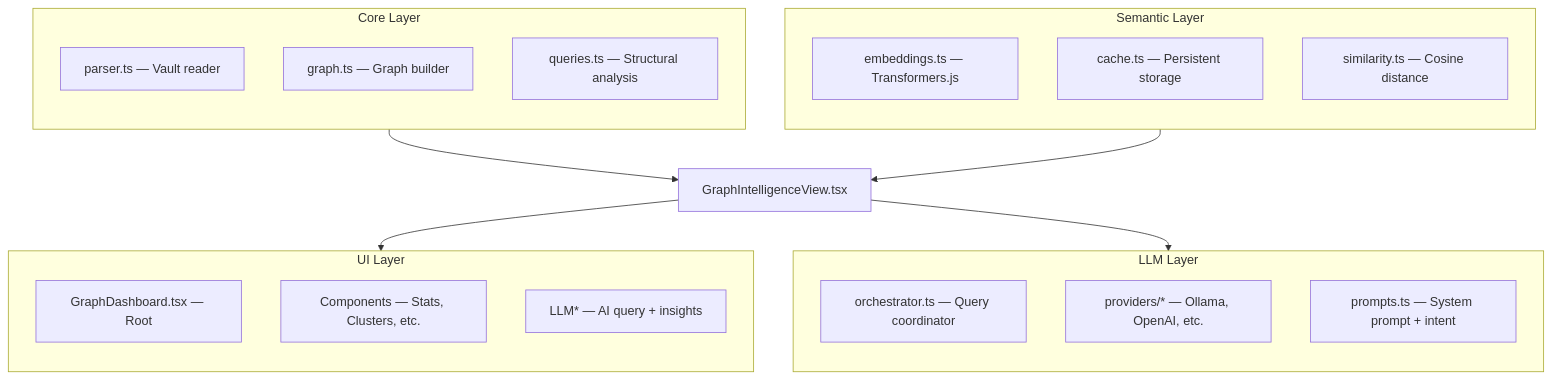
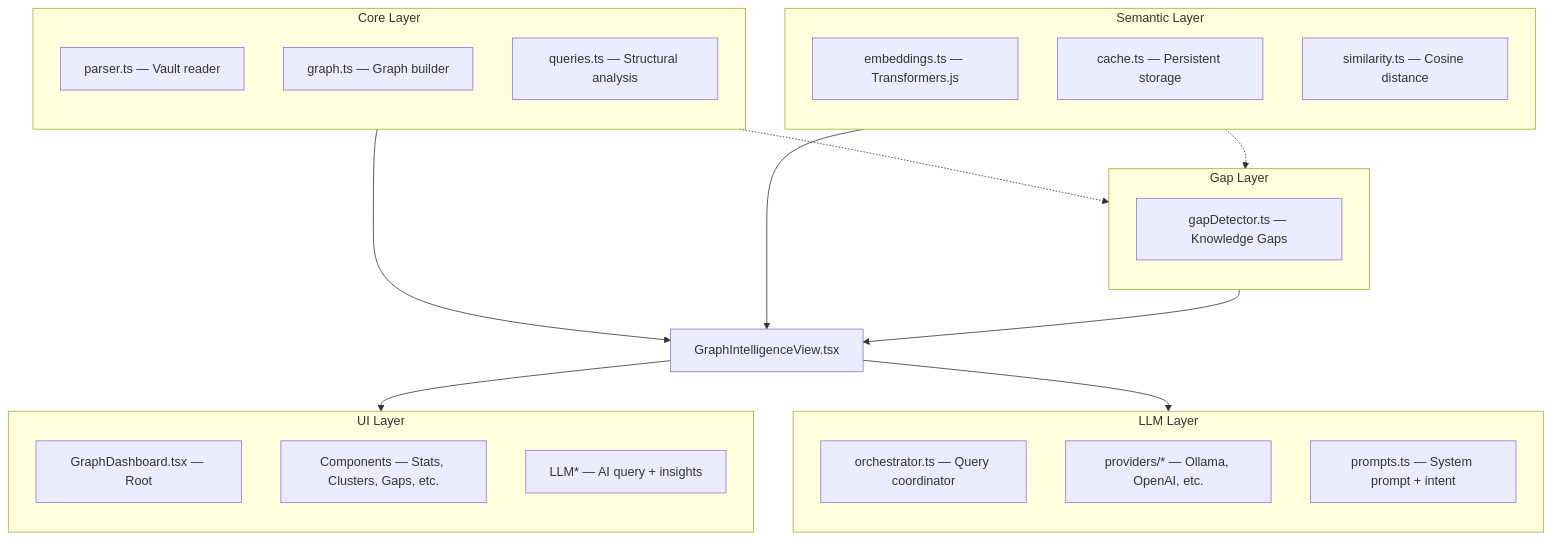
Before and after one commit to Rajveerx11/obsidian-graph-intelligence: the second of 4 diagrams in CONTRIBUTING.md, drawn with Mermaid. The commit also changed 1 other file, not shown here.

Commit message:
docs: add Knowledge Gap detection module documentation and architectural diagrams

````diff
--- a/CONTRIBUTING.md
+++ b/CONTRIBUTING.md
@@ -129,35 +129,43 @@
 ```mermaid
 graph TD
     subgraph Core["Core Layer"]
         direction TB
         C1["parser.ts — Vault reader"]
         C2["graph.ts — Graph builder"]
         C3["queries.ts — Structural analysis"]
     end
 
     subgraph Semantic["Semantic Layer"]
         direction TB
         S1["embeddings.ts — Transformers.js"]
         S2["cache.ts — Persistent storage"]
         S3["similarity.ts — Cosine distance"]
     end
 
+    subgraph Gap["Gap Layer"]
+        direction TB
+        G1["gapDetector.ts — Knowledge Gaps"]
+    end
+
     subgraph LLM["LLM Layer"]
         direction TB
         L1["orchestrator.ts — Query coordinator"]
         L2["providers/* — Ollama, OpenAI, etc."]
         L3["prompts.ts — System prompt + intent"]
     end
 
     subgraph UI["UI Layer"]
         direction TB
         U1["GraphDashboard.tsx — Root"]
-        U2["Components — Stats, Clusters, etc."]
+        U2["Components — Stats, Clusters, Gaps, etc."]
         U3["LLM* — AI query + insights"]
     end
 
     Core --> Plugin["GraphIntelligenceView.tsx"]
     Semantic --> Plugin
+    Core -.-> Gap
+    Semantic -.-> Gap
+    Gap --> Plugin
     Plugin --> UI
     Plugin --> LLM
 ```
````
